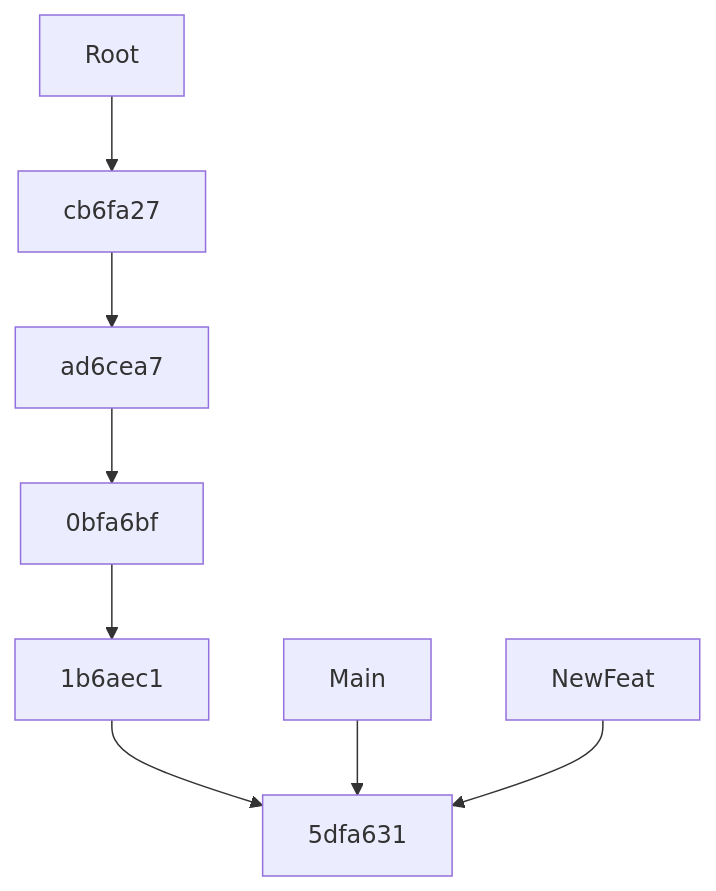
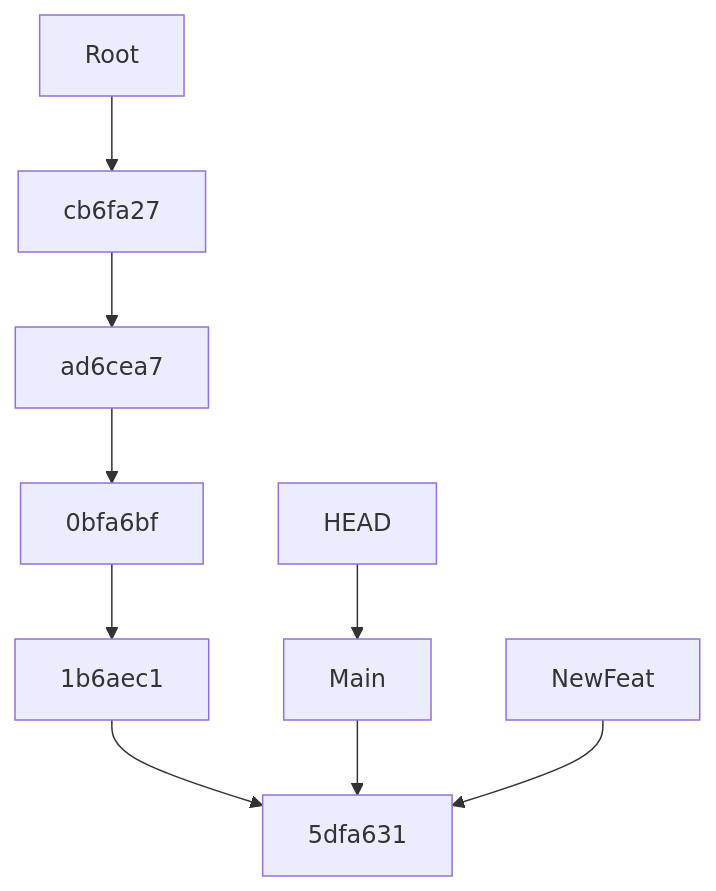
Before and after one commit to thenativeweb/temp--git: the third of 5 diagrams in README.md, drawn with Mermaid. The commit also changed other lines of this file, not shown here.

````diff
--- a/README.md
+++ b/README.md
@@ -123,11 +124,12 @@
 ```mermaid
 flowchart TB
   Root
   Root --> cb6fa27
   cb6fa27 --> ad6cea7
   ad6cea7 --> 0bfa6bf
   0bfa6bf --> 1b6aec1
   1b6aec1 --> 5dfa631
   Main --> 5dfa631
   NewFeat --> 5dfa631
+  HEAD --> Main
 ```
````
